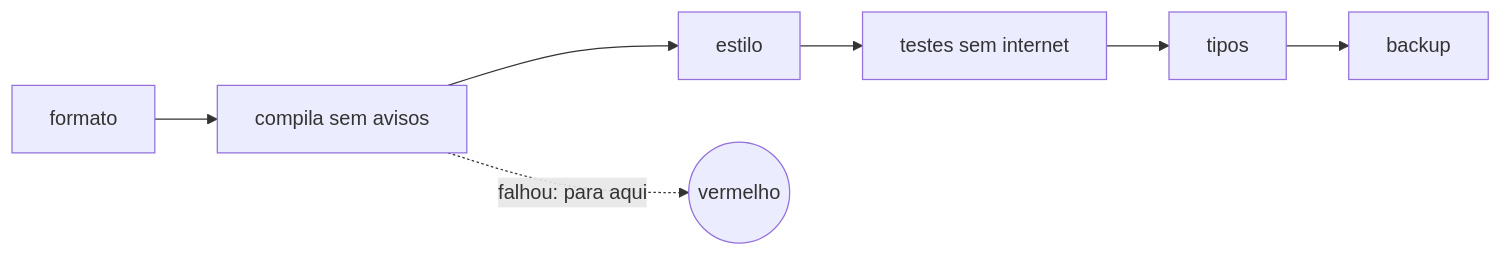
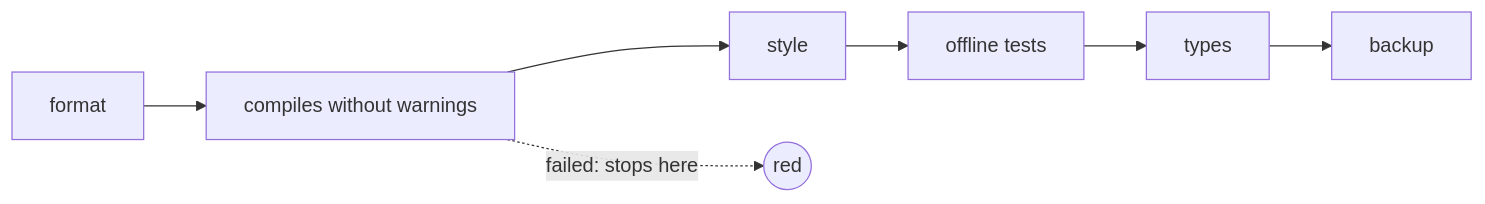
The diagram in docs/tasks/en/E2-system-foundation/FAB-201-set-up-the-environment-and-one-command-verificatio.md (enzoconsulo/factory-tcc), drawn with Mermaid before and after one commit. The commit also changed 52 other files, not shown here.

````diff
--- a/docs/tasks/en/E2-system-foundation/FAB-201-set-up-the-environment-and-one-command-verificatio.md
+++ b/docs/tasks/en/E2-system-foundation/FAB-201-set-up-the-environment-and-one-command-verificatio.md
@@ -11,5 +11,5 @@
 ```mermaid
 flowchart LR
-  F["formato"] --> C["compila sem avisos"] --> L["estilo"] --> T["testes sem internet"] --> Y["tipos"] --> B["backup"]
-  C -. "falhou: para aqui" .-> X(("vermelho"))
+  F["format"] --> C["compiles without warnings"] --> L["style"] --> T["offline tests"] --> Y["types"] --> B["backup"]
+  C -. "failed: stops here" .-> X(("red"))
 ```
````
